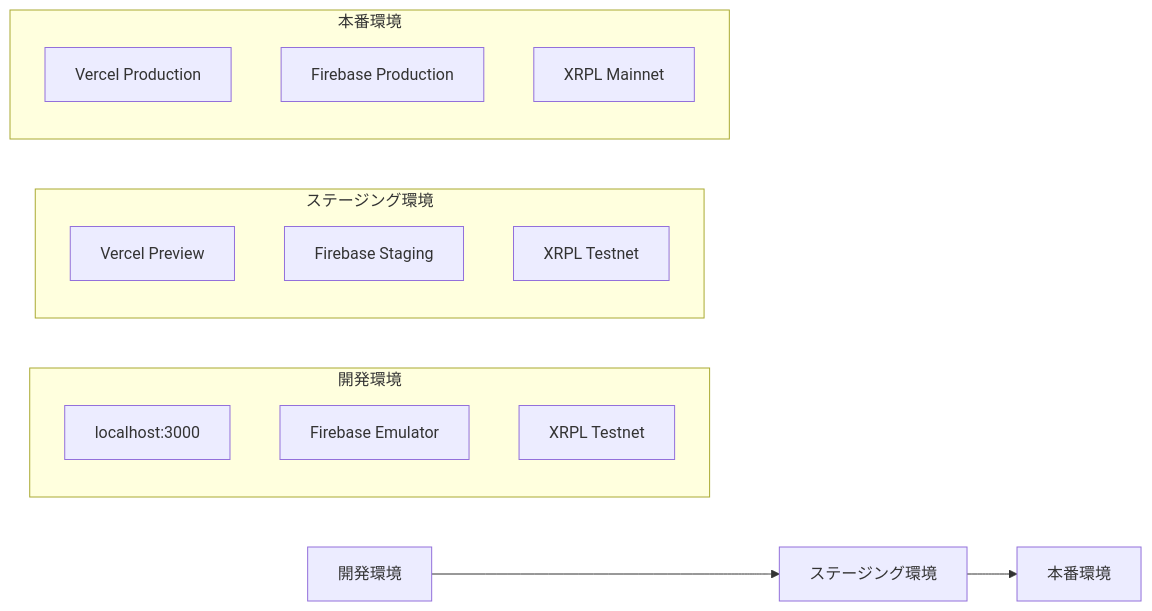
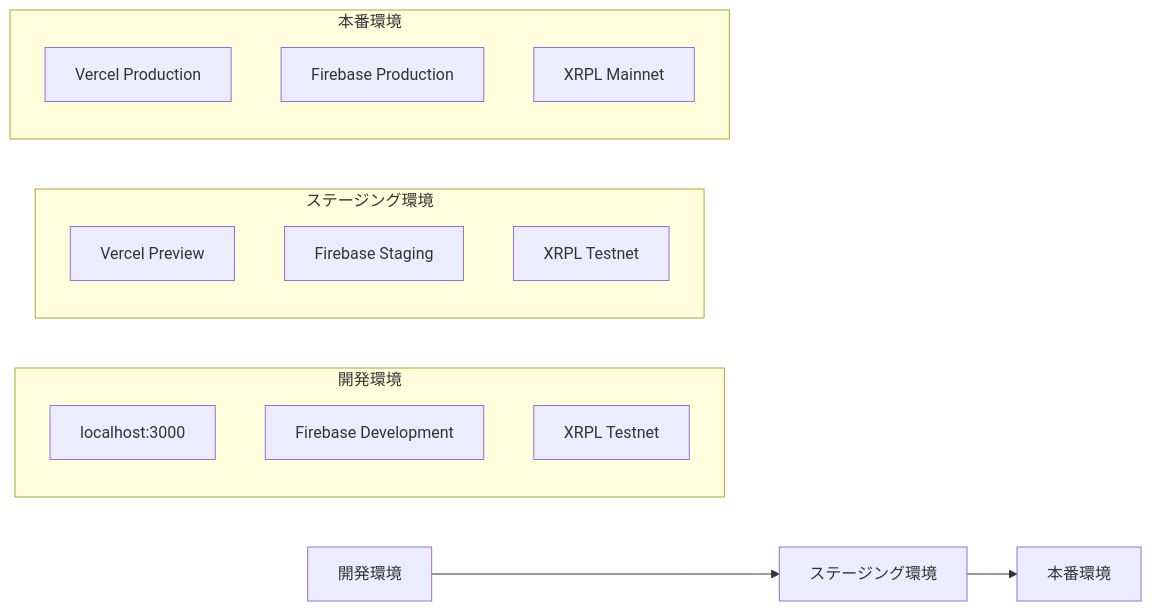
Before and after one commit to nrhrhysd616/oss-token-platform: the sixth of 7 diagrams in docs/Architecture.md, drawn with Mermaid. The commit also changed other lines of this file, not shown here.

Commit message:
docs: delete firebase emulator

````diff
--- a/docs/Architecture.md
+++ b/docs/Architecture.md
@@ -400,23 +400,23 @@
 ```mermaid
 graph LR
     A[開発環境] --> B[ステージング環境]
     B --> C[本番環境]
 
     subgraph "開発環境"
         D[localhost:3000]
-        E[Firebase Emulator]
+        E[Firebase Development]
         F[XRPL Testnet]
     end
 
     subgraph "ステージング環境"
         G[Vercel Preview]
         H[Firebase Staging]
         I[XRPL Testnet]
     end
 
     subgraph "本番環境"
         J[Vercel Production]
         K[Firebase Production]
         L[XRPL Mainnet]
     end
 ```
````
